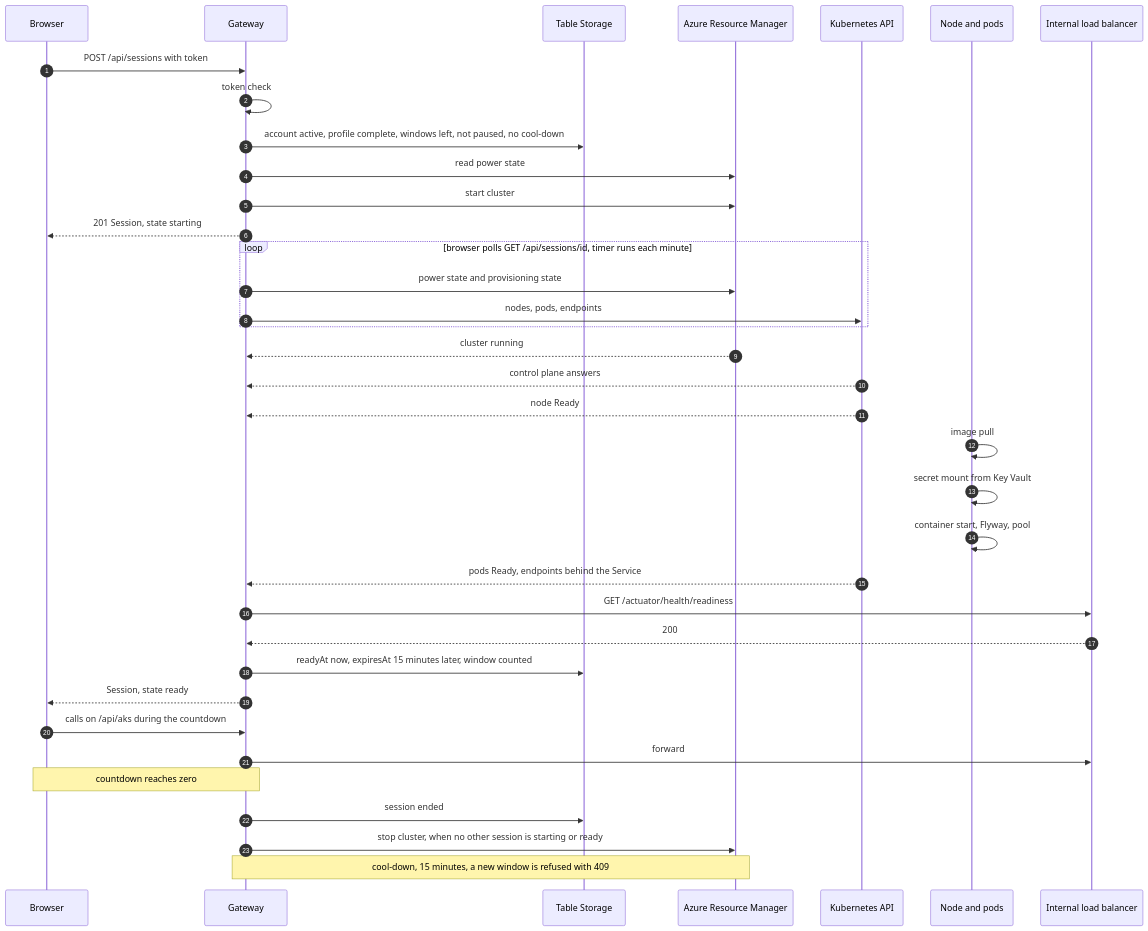
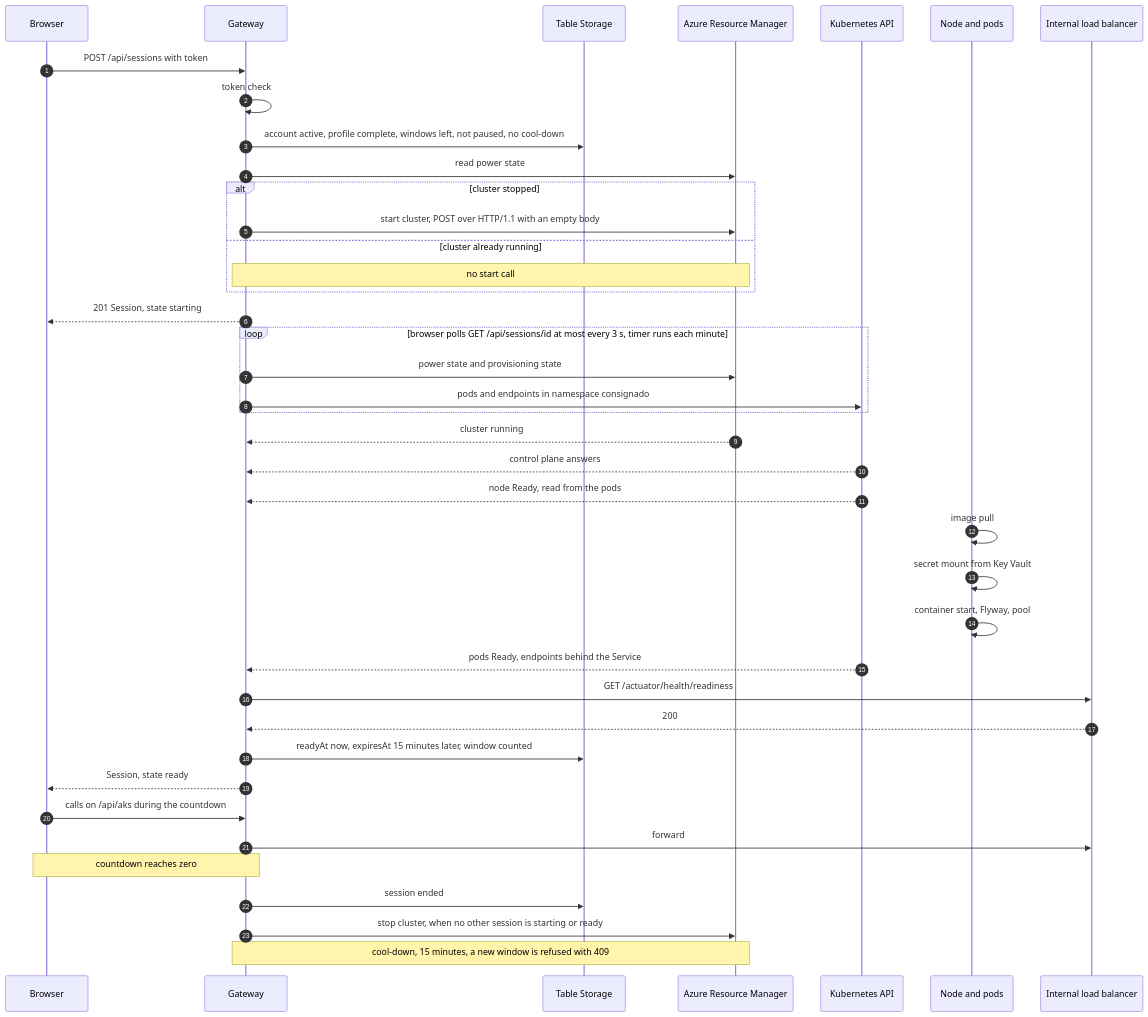
Before and after one commit to kmadsdev/consignado-api: the fourth of 7 diagrams in docs/platform/architecture.md, drawn with Mermaid. The commit also changed other lines of this file and 1 other file, not shown here.

Commit message:
docs(architecture): Cloudflare zone rules, live times, node read from pods, engine states

````diff
--- a/docs/platform/architecture.md
+++ b/docs/platform/architecture.md
@@ -147,39 +158,43 @@
 ```mermaid
 sequenceDiagram
   autonumber
   participant B as Browser
   participant G as Gateway
   participant T as Table Storage
   participant A as Azure Resource Manager
   participant C as Kubernetes API
   participant N as Node and pods
   participant L as Internal load balancer
 
   B->>G: POST /api/sessions with token
   G->>G: token check
   G->>T: account active, profile complete, windows left, not paused, no cool-down
   G->>A: read power state
-  G->>A: start cluster
+  alt cluster stopped
+    G->>A: start cluster, POST over HTTP/1.1 with an empty body
+  else cluster already running
+    Note over G,A: no start call
+  end
   G-->>B: 201 Session, state starting
-  loop browser polls GET /api/sessions/id, timer runs each minute
+  loop browser polls GET /api/sessions/id at most every 3 s, timer runs each minute
     G->>A: power state and provisioning state
-    G->>C: nodes, pods, endpoints
+    G->>C: pods and endpoints in namespace consignado
   end
   A-->>G: cluster running
   C-->>G: control plane answers
-  C-->>G: node Ready
+  C-->>G: node Ready, read from the pods
   N->>N: image pull
   N->>N: secret mount from Key Vault
   N->>N: container start, Flyway, pool
   C-->>G: pods Ready, endpoints behind the Service
   G->>L: GET /actuator/health/readiness
   L-->>G: 200
   G->>T: readyAt now, expiresAt 15 minutes later, window counted
   G-->>B: Session, state ready
   B->>G: calls on /api/aks during the countdown
   G->>L: forward
   Note over B,G: countdown reaches zero
   G->>T: session ended
   G->>A: stop cluster, when no other session is starting or ready
   Note over G,A: cool-down, 15 minutes, a new window is refused with 409
 ```
````
